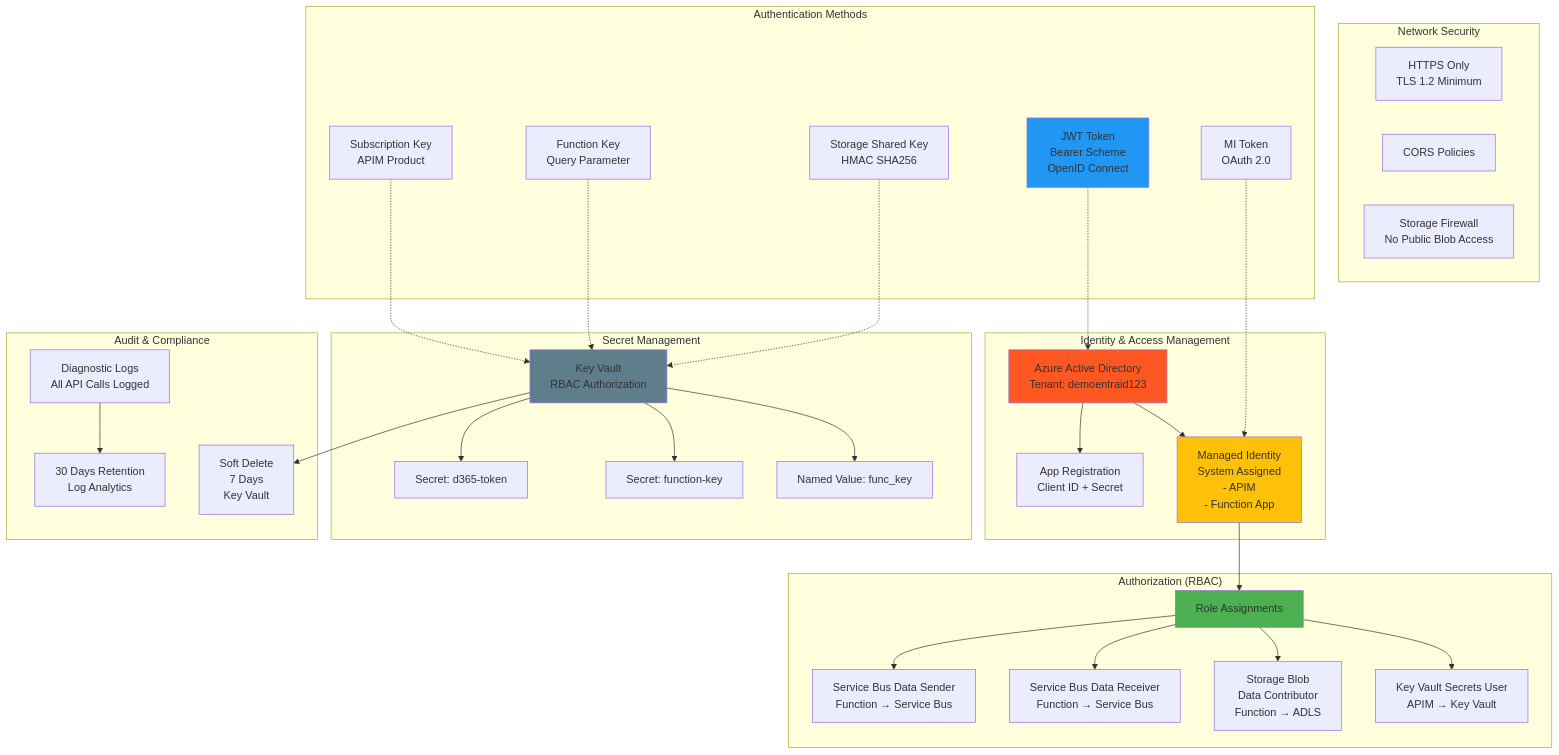
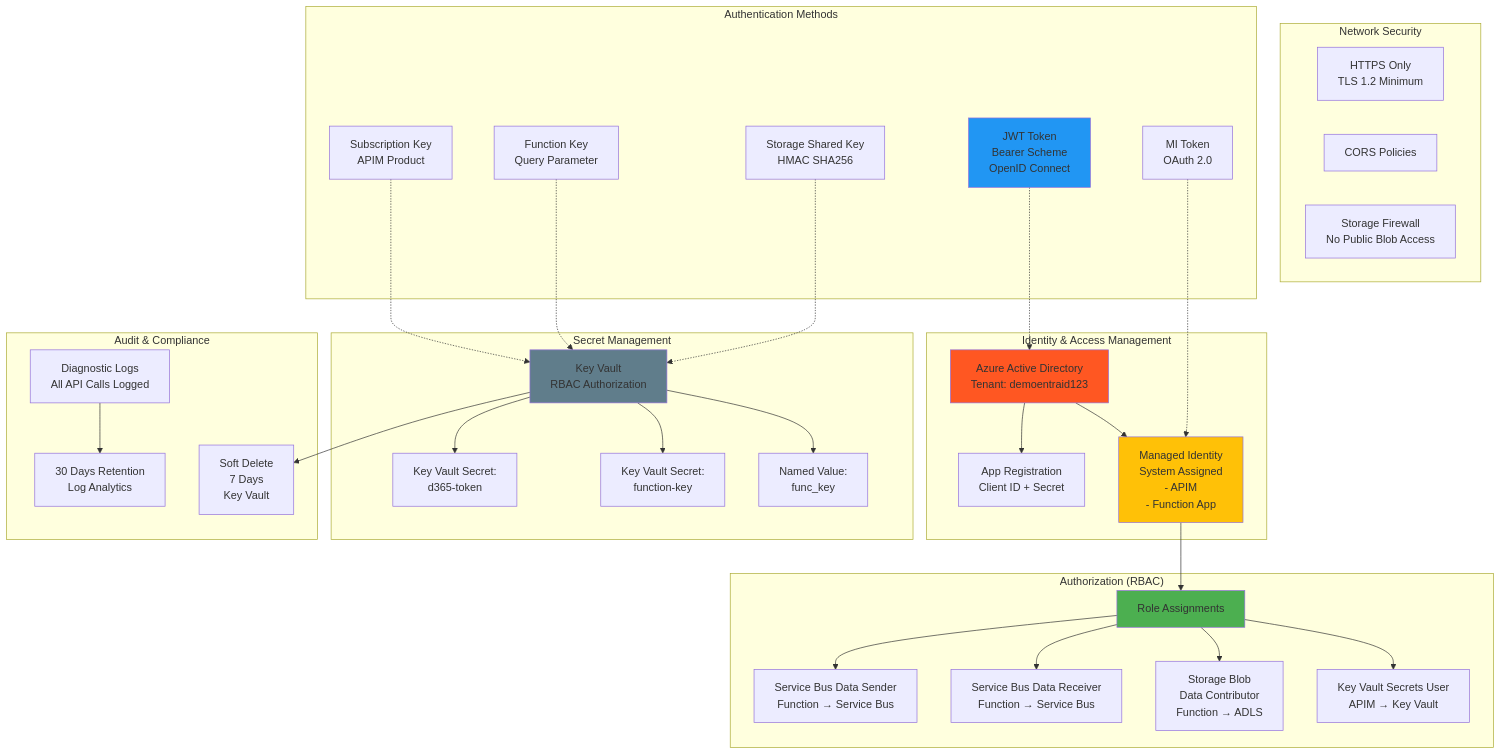
The eighth of 11 diagrams in SOLUTION_ARCHITECTURE_DIAGRAM.md (ilyafedotov-ops/demo-integration), drawn with Mermaid before and after one commit.

Commit message:
docs: add comprehensive solution architecture and API endpoints documentation
- Add SOLUTION_ARCHITECTURE_DIAGRAM.md with 11 detailed Mermaid diagrams covering architecture, workflows, security, deployment, and monitoring
- Add API_ENDPOINTS_REFERENCE.md with complete API reference for all endpoints (APIM, Logic App, Functions, Service Bus, Mock D365)
- Document authentication methods, request/response formats, and testing procedures

````diff
--- a/SOLUTION_ARCHITECTURE_DIAGRAM.md
+++ b/SOLUTION_ARCHITECTURE_DIAGRAM.md
@@ -546,72 +546,72 @@
 ```mermaid
 graph TB
     subgraph "Identity & Access Management"
         AAD2[Azure Active Directory<br/>Tenant: demoentraid123]
         AppReg2[App Registration<br/>Client ID + Secret]
         MI2[Managed Identity<br/>System Assigned<br/>- APIM<br/>- Function App]
     end
     
     subgraph "Secret Management"
         KV3[Key Vault<br/>RBAC Authorization]
-        Secret1[Secret: d365-token]
-        Secret2[Secret: function-key]
-        Secret3[Named Value: func_key]
+        KVSecret1[Key Vault Secret:<br/>d365-token]
+        KVSecret2[Key Vault Secret:<br/>function-key]
+        KVSecret3[Named Value:<br/>func_key]
     end
     
     subgraph "Network Security"
         HTTPS[HTTPS Only<br/>TLS 1.2 Minimum]
         CORS[CORS Policies]
         Firewall[Storage Firewall<br/>No Public Blob Access]
     end
     
     subgraph "Authentication Methods"
         JWT[JWT Token<br/>Bearer Scheme<br/>OpenID Connect]
         SubKey[Subscription Key<br/>APIM Product]
         FuncKey[Function Key<br/>Query Parameter]
         SharedKey[Storage Shared Key<br/>HMAC SHA256]
         MIToken[MI Token<br/>OAuth 2.0]
     end
     
     subgraph "Authorization (RBAC)"
         RBAC2[Role Assignments]
         Role1[Service Bus Data Sender<br/>Function → Service Bus]
         Role2[Service Bus Data Receiver<br/>Function → Service Bus]
         Role3[Storage Blob<br/>Data Contributor<br/>Function → ADLS]
         Role4[Key Vault Secrets User<br/>APIM → Key Vault]
     end
     
     subgraph "Audit & Compliance"
         Logs[Diagnostic Logs<br/>All API Calls Logged]
         Retention[30 Days Retention<br/>Log Analytics]
         SoftDelete[Soft Delete<br/>7 Days<br/>Key Vault]
     end
     
     %% Connections
     AAD2 --> AppReg2
     AAD2 --> MI2
     MI2 --> RBAC2
     
-    KV3 --> Secret1
-    KV3 --> Secret2
-    KV3 --> Secret3
+    KV3 --> KVSecret1
+    KV3 --> KVSecret2
+    KV3 --> KVSecret3
     
     RBAC2 --> Role1
     RBAC2 --> Role2
     RBAC2 --> Role3
     RBAC2 --> Role4
     
     JWT -.-> AAD2
     SubKey -.-> KV3
     FuncKey -.-> KV3
     SharedKey -.-> KV3
     MIToken -.-> MI2
     
     Logs --> Retention
     KV3 --> SoftDelete
     
     style AAD2 fill:#ff5722
     style KV3 fill:#607d8b
     style MI2 fill:#ffc107
     style RBAC2 fill:#4caf50
     style JWT fill:#2196f3
 ```
````
